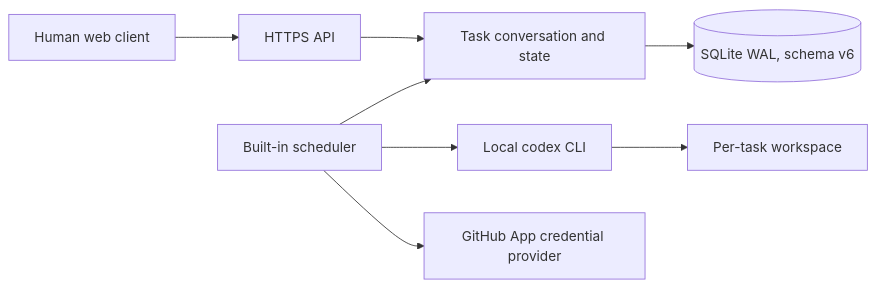
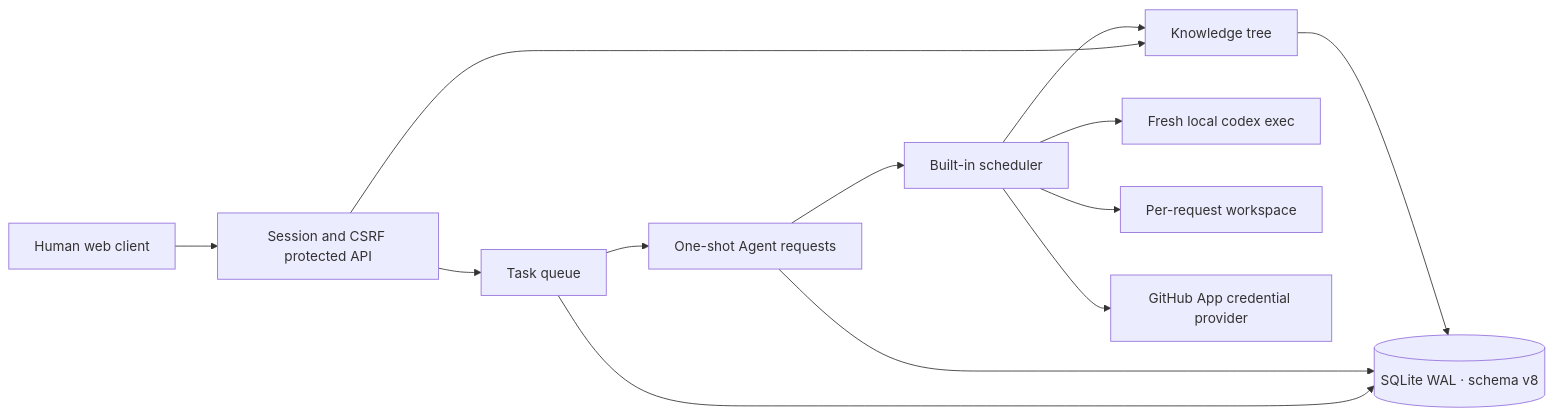
One commit to backinfile/ProjectBoard changed the diagram in docs/ARCHITECTURE.md. Above: the diagram before and after it, drawn with Mermaid. The commit also changed other lines of this file and 17 other files, not shown here.

Commit message:
feat: add project knowledge and agent requests

````diff
--- a/docs/ARCHITECTURE.md
+++ b/docs/ARCHITECTURE.md
@@ -3,10 +3,15 @@
 ```mermaid
 flowchart LR
-  H["Human web client"] --> A["HTTPS API"]
-  A --> Q["Task conversation and state"]
-  S["Built-in scheduler"] --> Q
-  S --> C["Local codex CLI"]
-  C --> W["Per-task workspace"]
+  H["Human web client"] --> A["Session and CSRF protected API"]
+  A --> T["Task queue"]
+  A --> K["Knowledge tree"]
+  T --> R["One-shot Agent requests"]
+  R --> S["Built-in scheduler"]
+  S --> C["Fresh local codex exec"]
+  S --> W["Per-request workspace"]
+  S --> K
   S --> G["GitHub App credential provider"]
-  Q --> D[("SQLite WAL, schema v6")]
+  T --> D[("SQLite WAL · schema v8")]
+  R --> D
+  K --> D
 ```
````
